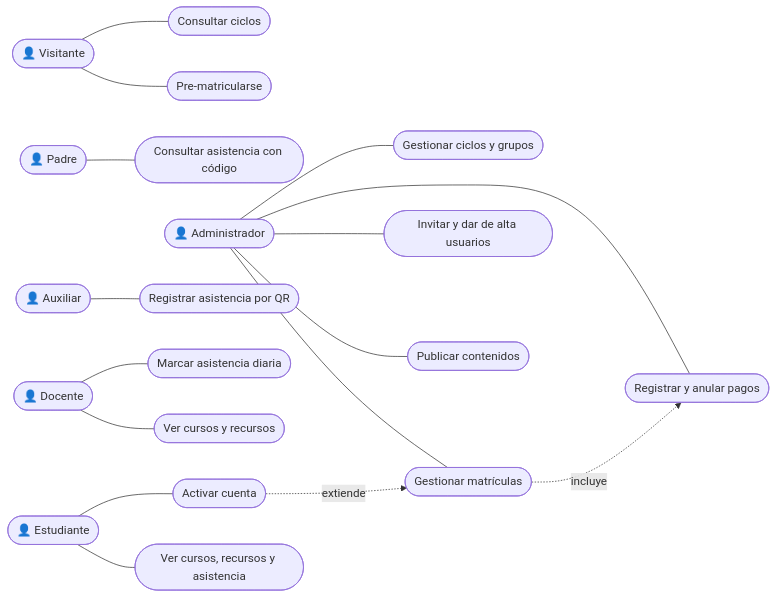
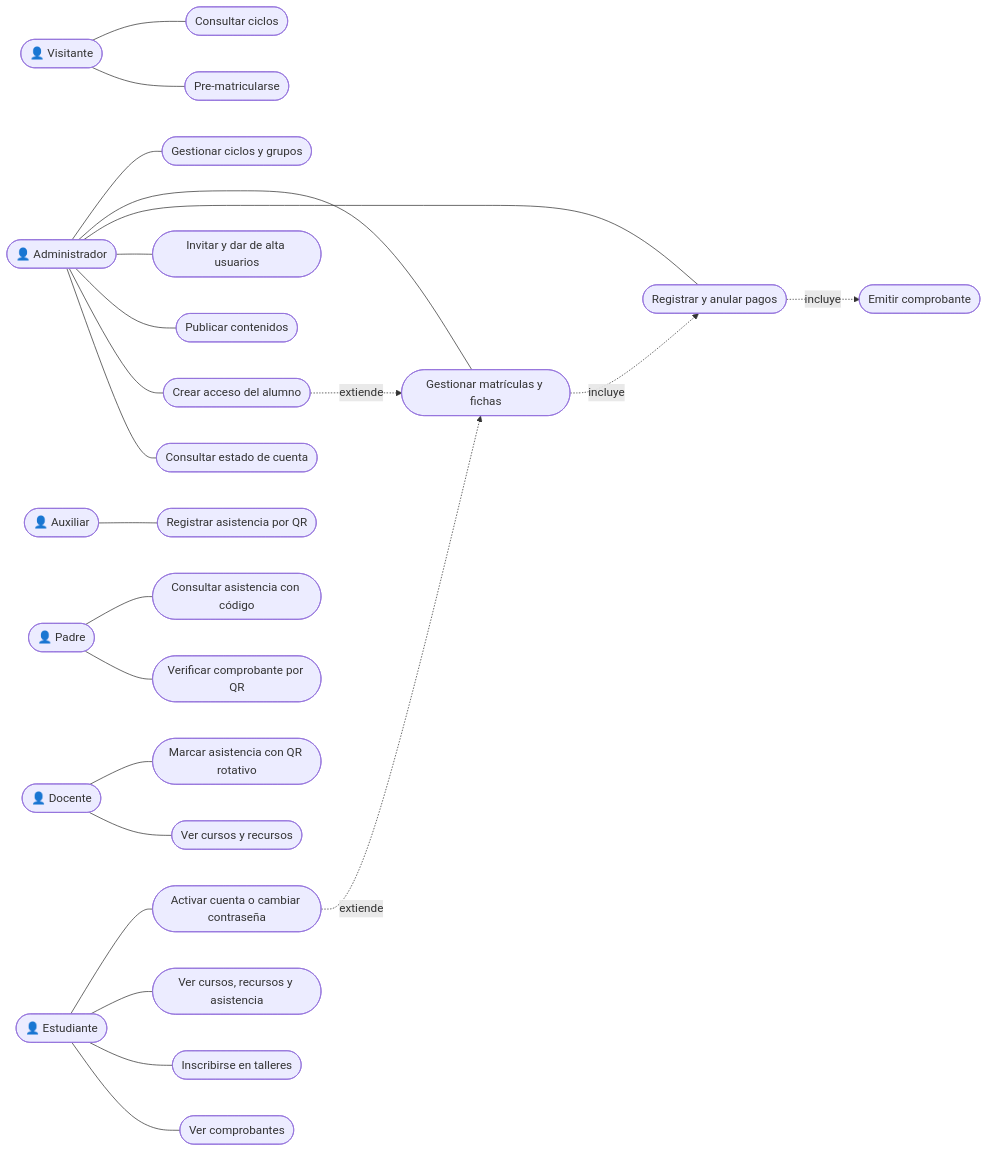
The fifth of 13 diagrams in docs/e1-definicion-sistema-ce021.md (yucradavid/Perfil-de-egreso-Plataforma-Web-Integral-CERMAT), drawn with Mermaid before and after one commit. The commit also changed other lines of this file and 27 other files, not shown here.

````diff
--- a/docs/e1-definicion-sistema-ce021.md
+++ b/docs/e1-definicion-sistema-ce021.md
@@ -257,11 +301,14 @@
 ```mermaid
 flowchart LR
   V(["👤 Visitante"]) --- UC1(["Consultar ciclos"]) & UC2(["Pre-matricularse"])
   P(["👤 Padre"]) --- UC3(["Consultar asistencia con código"])
-  A(["👤 Administrador"]) --- UC4(["Gestionar ciclos y grupos"]) & UC5(["Gestionar matrículas"]) & UC6(["Registrar y anular pagos"]) & UC7(["Invitar y dar de alta usuarios"]) & UC8(["Publicar contenidos"])
+  A(["👤 Administrador"]) --- UC4(["Gestionar ciclos y grupos"]) & UC5(["Gestionar matrículas y fichas"]) & UC6(["Registrar y anular pagos"]) & UC7(["Invitar y dar de alta usuarios"]) & UC8(["Publicar contenidos"]) & UC14(["Crear acceso del alumno"]) & UC15(["Consultar estado de cuenta"])
   X(["👤 Auxiliar"]) --- UC9(["Registrar asistencia por QR"])
-  D(["👤 Docente"]) --- UC10(["Marcar asistencia diaria"]) & UC11(["Ver cursos y recursos"])
-  E(["👤 Estudiante"]) --- UC12(["Activar cuenta"]) & UC13(["Ver cursos, recursos y asistencia"])
+  D(["👤 Docente"]) --- UC10(["Marcar asistencia con QR rotativo"]) & UC11(["Ver cursos y recursos"])
+  E(["👤 Estudiante"]) --- UC12(["Activar cuenta o cambiar contraseña"]) & UC13(["Ver cursos, recursos y asistencia"]) & UC16(["Inscribirse en talleres"]) & UC17(["Ver comprobantes"])
+  P --- UC18(["Verificar comprobante por QR"])
   UC5 -. incluye .-> UC6
+  UC6 -. incluye .-> UC19(["Emitir comprobante"])
+  UC14 -. extiende .-> UC5
   UC12 -. extiende .-> UC5
 ```
````
